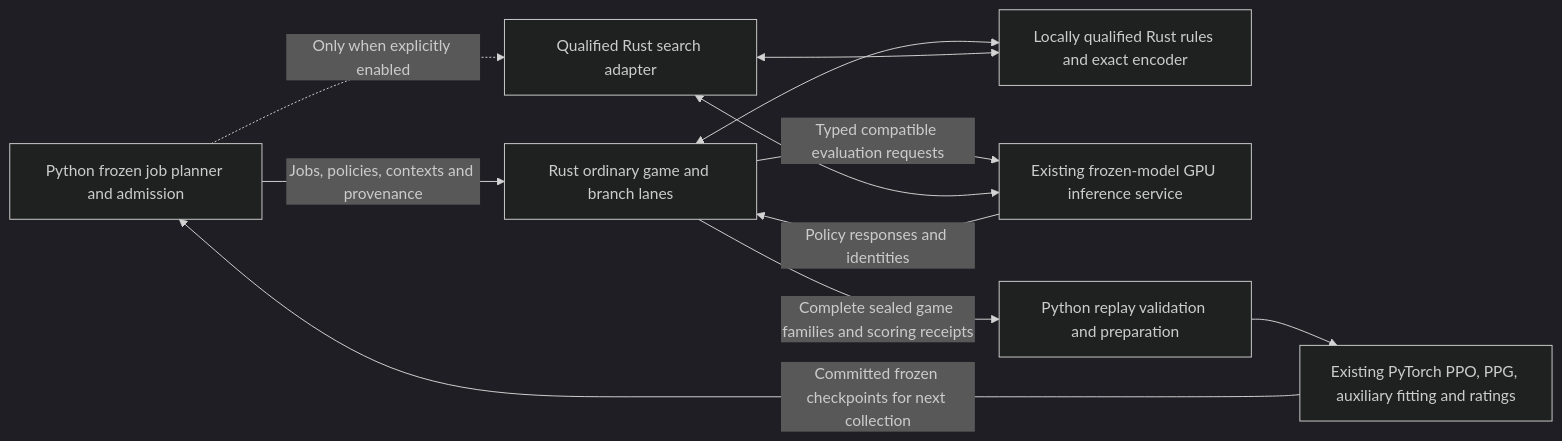
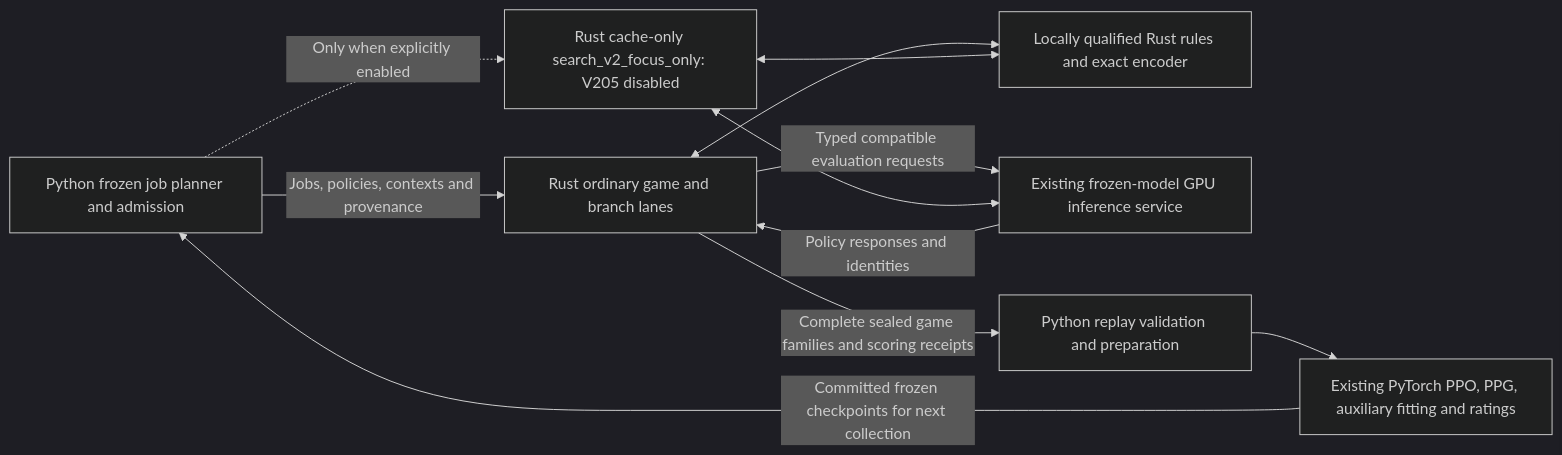
One commit to riverside234/brass-ai changed the second of 2 diagrams in ai-research/RUST_AI_BACKEND_MIGRATION_PLAN.md. Above: the diagram before and after it, drawn with Mermaid (dark theme). The commit also changed other lines of this file and 89 other files, not shown here.

Commit message:
Add Rust search v2 and training G1320 updates

````diff
--- a/ai-research/RUST_AI_BACKEND_MIGRATION_PLAN.md
+++ b/ai-research/RUST_AI_BACKEND_MIGRATION_PLAN.md
@@ -825,13 +848,13 @@
 ```mermaid
 flowchart LR
     P[Python frozen job planner and admission] -->|Jobs, policies, contexts and provenance| C[Rust ordinary game and branch lanes]
     C <--> G[Locally qualified Rust rules and exact encoder]
     C -->|Typed compatible evaluation requests| I[Existing frozen-model GPU inference service]
     I -->|Policy responses and identities| C
     C -->|Complete sealed game families and scoring receipts| R[Python replay validation and preparation]
     R --> T[Existing PyTorch PPO, PPG, auxiliary fitting and ratings]
     T -->|Committed frozen checkpoints for next collection| P
-    P -.->|Only when explicitly enabled| S[Qualified Rust search adapter]
+    P -.->|Only when explicitly enabled| S[Rust cache-only search_v2_focus_only: V205 disabled]
     S <--> G
     S <--> I
 ```
````
